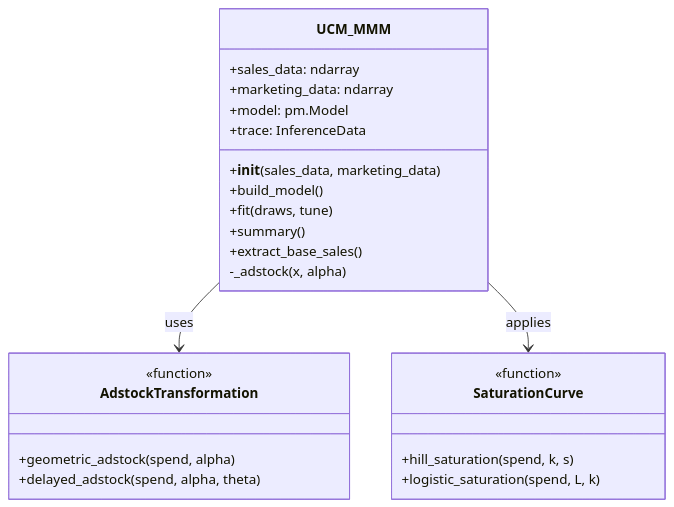
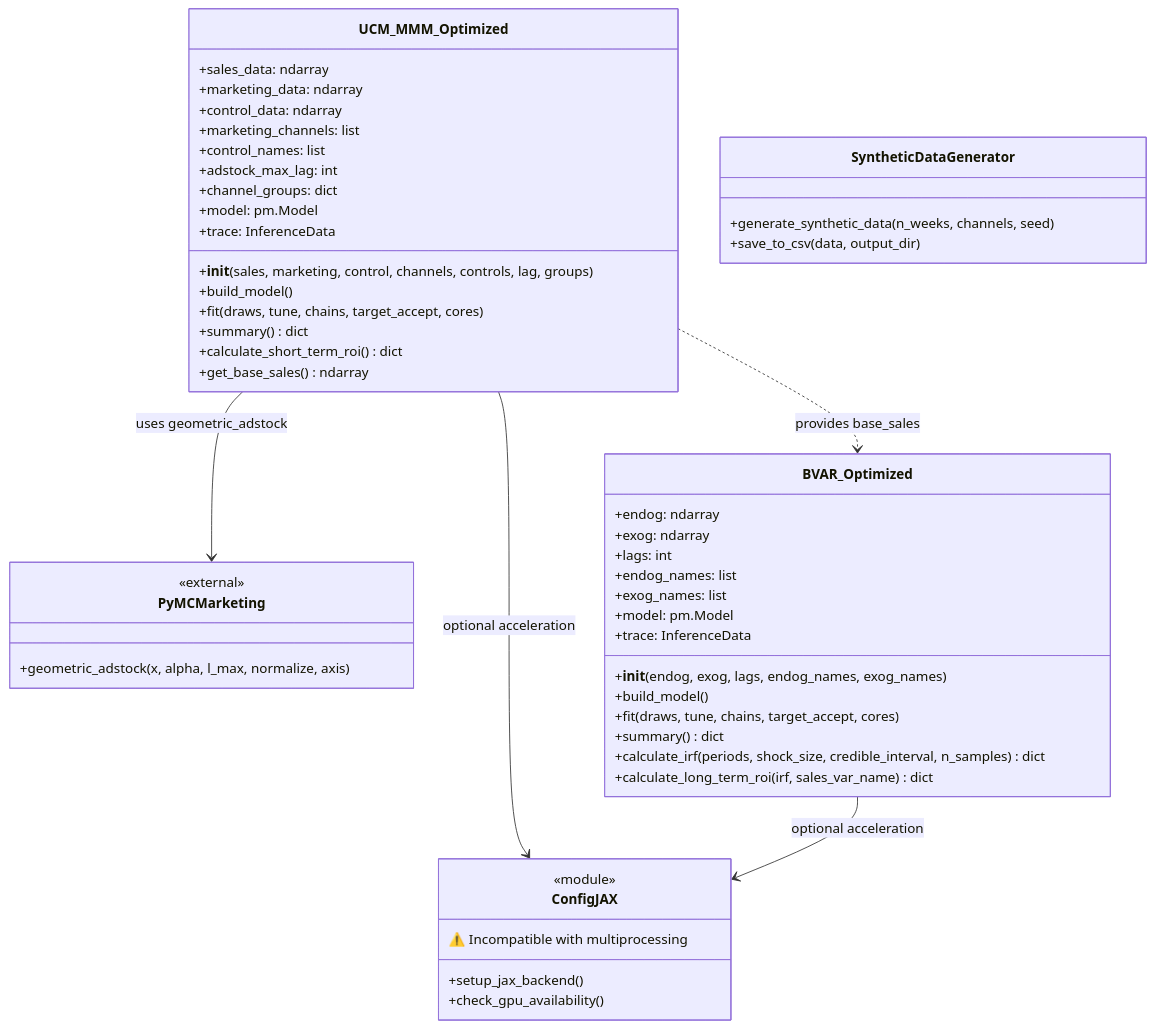
One commit to cybernexcorps/long-term-ad-effectiveness changed the fifth of 8 diagrams in docs/ARCHITECTURE.md. Above: the diagram before and after it, drawn with Mermaid. The commit also changed other lines of this file and 3 other files, not shown here.

````diff
--- a/docs/ARCHITECTURE.md
+++ b/docs/ARCHITECTURE.md
@@ -163,30 +277,58 @@
 ```mermaid
 classDiagram
-    class UCM_MMM {
+    class UCM_MMM_Optimized {
         +sales_data: ndarray
         +marketing_data: ndarray
+        +control_data: ndarray
+        +marketing_channels: list
+        +control_names: list
+        +adstock_max_lag: int
+        +channel_groups: dict
         +model: pm.Model
         +trace: InferenceData
-        +__init__(sales_data, marketing_data)
+        +__init__(sales, marketing, control, channels, controls, lag, groups)
         +build_model()
-        +fit(draws, tune)
-        +summary()
-        +extract_base_sales()
-        -_adstock(x, alpha)
+        +fit(draws, tune, chains, target_accept, cores)
+        +summary() dict
+        +calculate_short_term_roi() dict
+        +get_base_sales() ndarray
     }
 
-    class AdstockTransformation {
-        <<function>>
-        +geometric_adstock(spend, alpha)
-        +delayed_adstock(spend, alpha, theta)
+    class PyMCMarketing {
+        <<external>>
+        +geometric_adstock(x, alpha, l_max, normalize, axis)
     }
 
-    class SaturationCurve {
-        <<function>>
-        +hill_saturation(spend, k, s)
-        +logistic_saturation(spend, L, k)
+    class BVAR_Optimized {
+        +endog: ndarray
+        +exog: ndarray
+        +lags: int
+        +endog_names: list
+        +exog_names: list
+        +model: pm.Model
+        +trace: InferenceData
+        +__init__(endog, exog, lags, endog_names, exog_names)
+        +build_model()
+        +fit(draws, tune, chains, target_accept, cores)
+        +summary() dict
+        +calculate_irf(periods, shock_size, credible_interval, n_samples) dict
+        +calculate_long_term_roi(irf, sales_var_name) dict
     }
 
-    UCM_MMM --> AdstockTransformation: uses
-    UCM_MMM --> SaturationCurve: applies
+    class ConfigJAX {
+        <<module>>
+        +setup_jax_backend()
+        +check_gpu_availability()
+        ⚠️ Incompatible with multiprocessing
+    }
+
+    class SyntheticDataGenerator {
+        +generate_synthetic_data(n_weeks, channels, seed)
+        +save_to_csv(data, output_dir)
+    }
+
+    UCM_MMM_Optimized --> PyMCMarketing: uses geometric_adstock
+    UCM_MMM_Optimized --> ConfigJAX: optional acceleration
+    BVAR_Optimized --> ConfigJAX: optional acceleration
+    UCM_MMM_Optimized ..> BVAR_Optimized: provides base_sales
 ```
````
